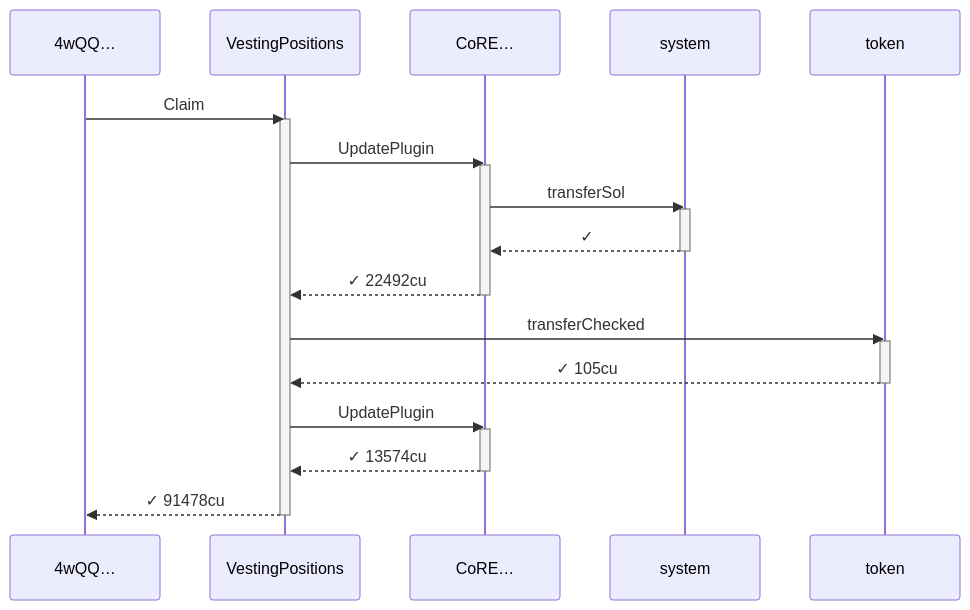
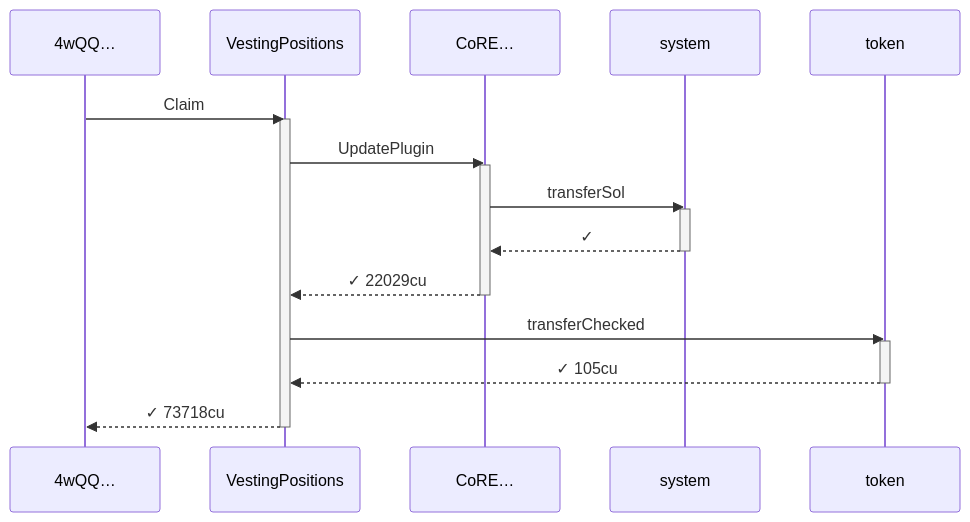
The first of 3 diagrams in babelfish-tests/test-report/final_claim_succeeds_after_collection_unfreeze_toggle.md (cds-turbin3/vesting-position), drawn with Mermaid before and after one commit. The commit also changed other lines of this file and 50 other files, not shown here.

````diff
--- a/babelfish-tests/test-report/final_claim_succeeds_after_collection_unfreeze_toggle.md
+++ b/babelfish-tests/test-report/final_claim_succeeds_after_collection_unfreeze_toggle.md
@@ -5,28 +5,24 @@
 ```mermaid
 sequenceDiagram
     participant p0 as 4wQQ…
     participant p1 as VestingPositions
     participant p2 as CoRE…
     participant p3 as system
     participant p4 as token
     p0->>p1: Claim
     activate p1
     p1->>p2: UpdatePlugin
     activate p2
     p2->>p3: transferSol
     activate p3
     p3-->>p2: ✓
     deactivate p3
-    p2-->>p1: ✓ 22492cu
+    p2-->>p1: ✓ 22029cu
     deactivate p2
     p1->>p4: transferChecked
     activate p4
     p4-->>p1: ✓ 105cu
     deactivate p4
-    p1->>p2: UpdatePlugin
-    activate p2
-    p2-->>p1: ✓ 13574cu
-    deactivate p2
-    p1-->>p0: ✓ 91478cu
+    p1-->>p0: ✓ 73718cu
     deactivate p1
 ```
````
